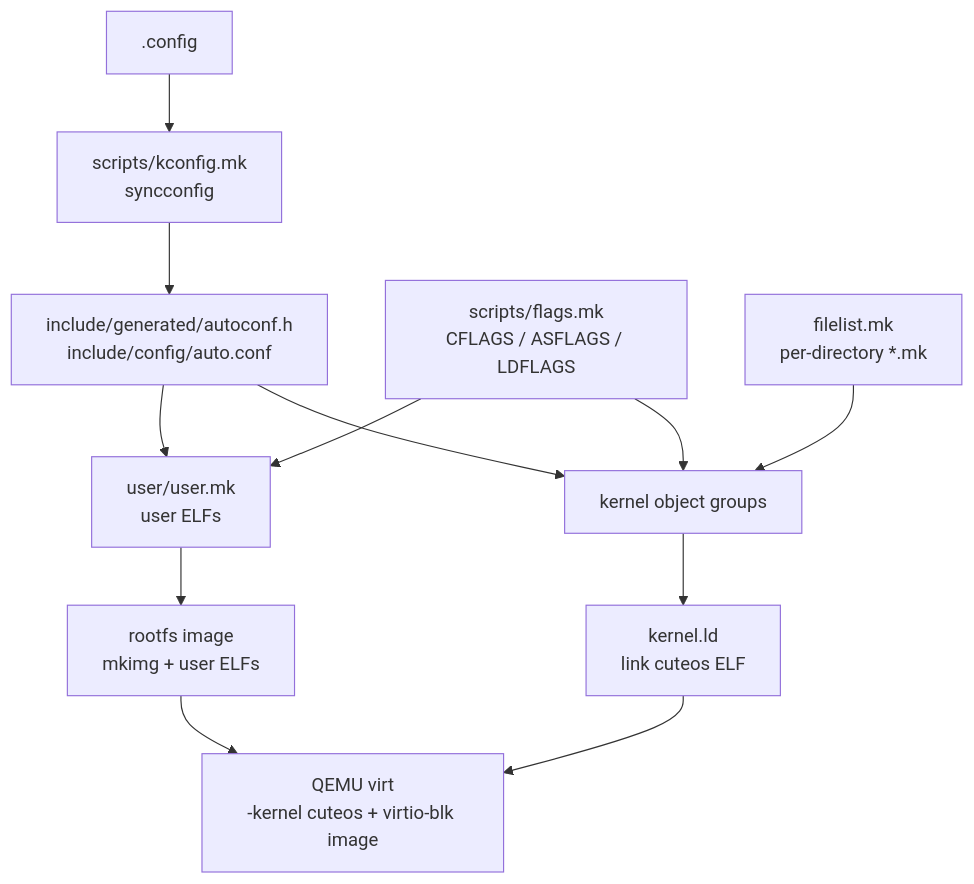
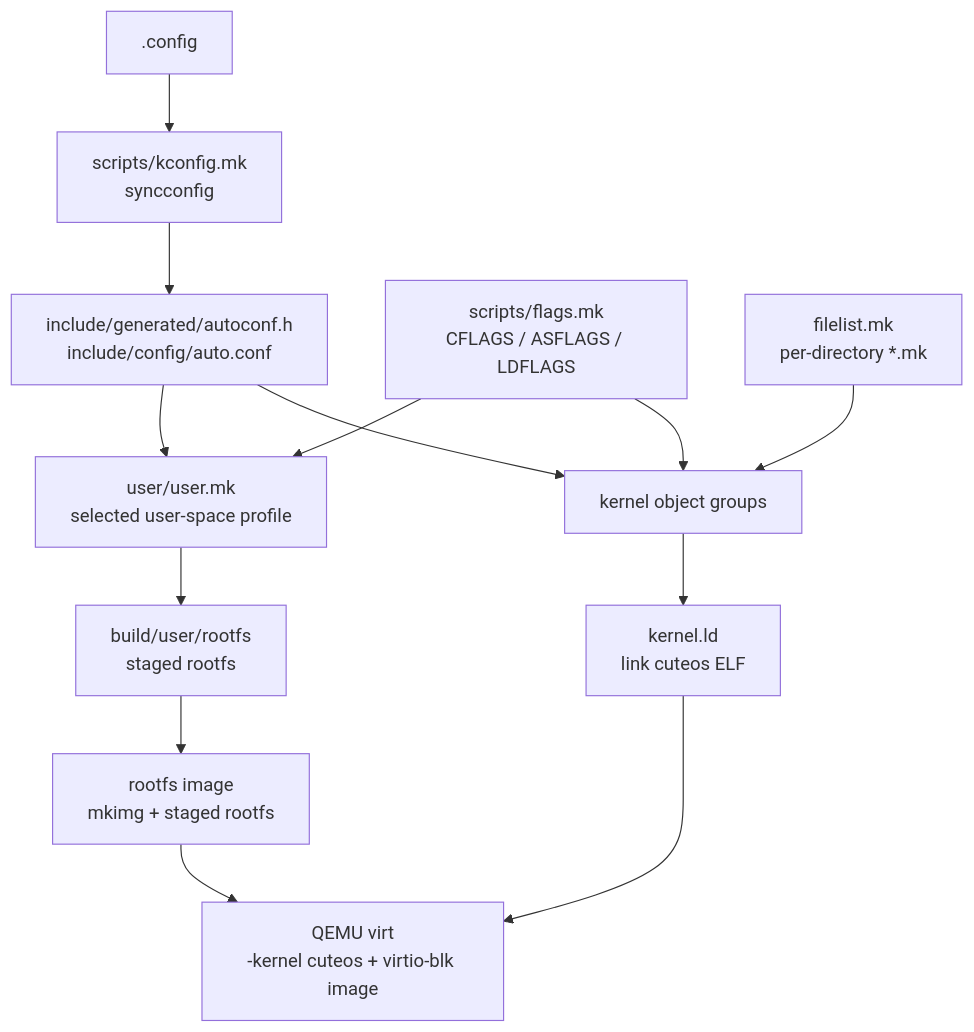
One commit to pillow-zx/CuteOS changed the first of 2 diagrams in docs/architecture/compile.md. Above: the diagram before and after it, drawn with Mermaid. The commit also changed other lines of this file and 36 other files, not shown here.

````diff
--- a/docs/architecture/compile.md
+++ b/docs/architecture/compile.md
@@ -9,23 +9,24 @@
 ```mermaid
 flowchart TD
     Config[".config"]
     Kconfig["scripts/kconfig.mk<br/>syncconfig"]
     Auto["include/generated/autoconf.h<br/>include/config/auto.conf"]
     Flags["scripts/flags.mk<br/>CFLAGS / ASFLAGS / LDFLAGS"]
     Lists["filelist.mk<br/>per-directory *.mk"]
     KernelObjs["kernel object groups"]
-    UserObjs["user/user.mk<br/>user ELFs"]
+    UserObjs["user/user.mk<br/>selected user-space profile"]
+    Rootfs["build/user/rootfs<br/>staged rootfs"]
     Link["kernel.ld<br/>link cuteos ELF"]
-    Image["rootfs image<br/>mkimg + user ELFs"]
+    Image["rootfs image<br/>mkimg + staged rootfs"]
     Qemu["QEMU virt<br/>-kernel cuteos + virtio-blk image"]
 
     Config --> Kconfig --> Auto
     Auto --> KernelObjs
     Auto --> UserObjs
     Flags --> KernelObjs
     Flags --> UserObjs
     Lists --> KernelObjs --> Link
-    UserObjs --> Image
+    UserObjs --> Rootfs --> Image
     Link --> Qemu
     Image --> Qemu
 ```
````
